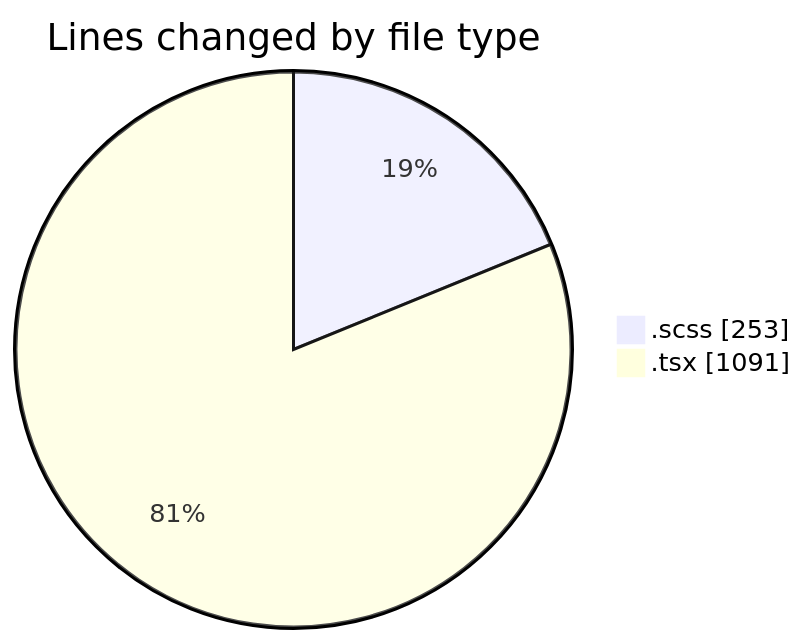
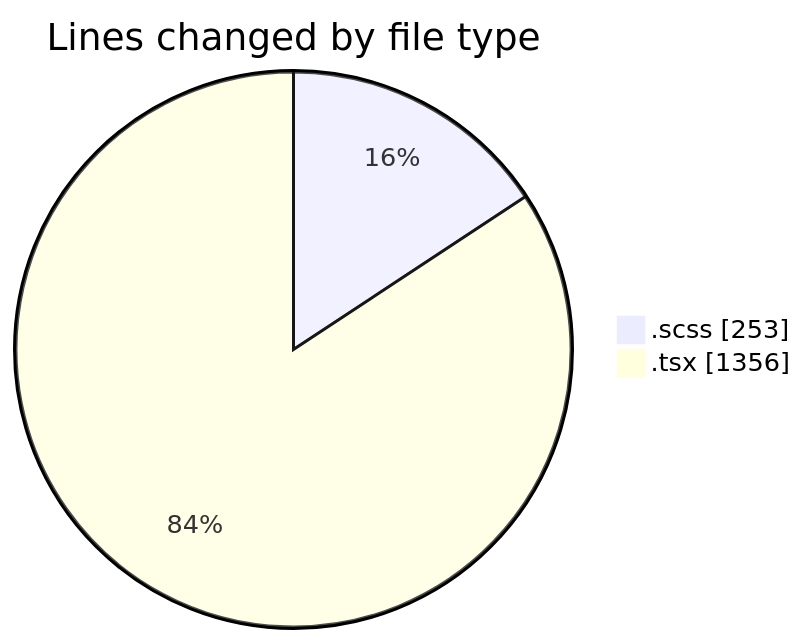
One commit to momahboobian/code-tracking changed the first of 2 diagrams in 2025-08-28/cda/README.md. Above: the diagram before and after it, drawn with Mermaid. The commit also changed other lines of this file and 1 other file, not shown here.

````diff
--- a/2025-08-28/cda/README.md
+++ b/2025-08-28/cda/README.md
@@ -23,6 +24,6 @@
 ```mermaid
 pie showData
 title Lines changed by file type
 ".scss" : 253
-".tsx" : 1091
+".tsx" : 1356
 ```
````
